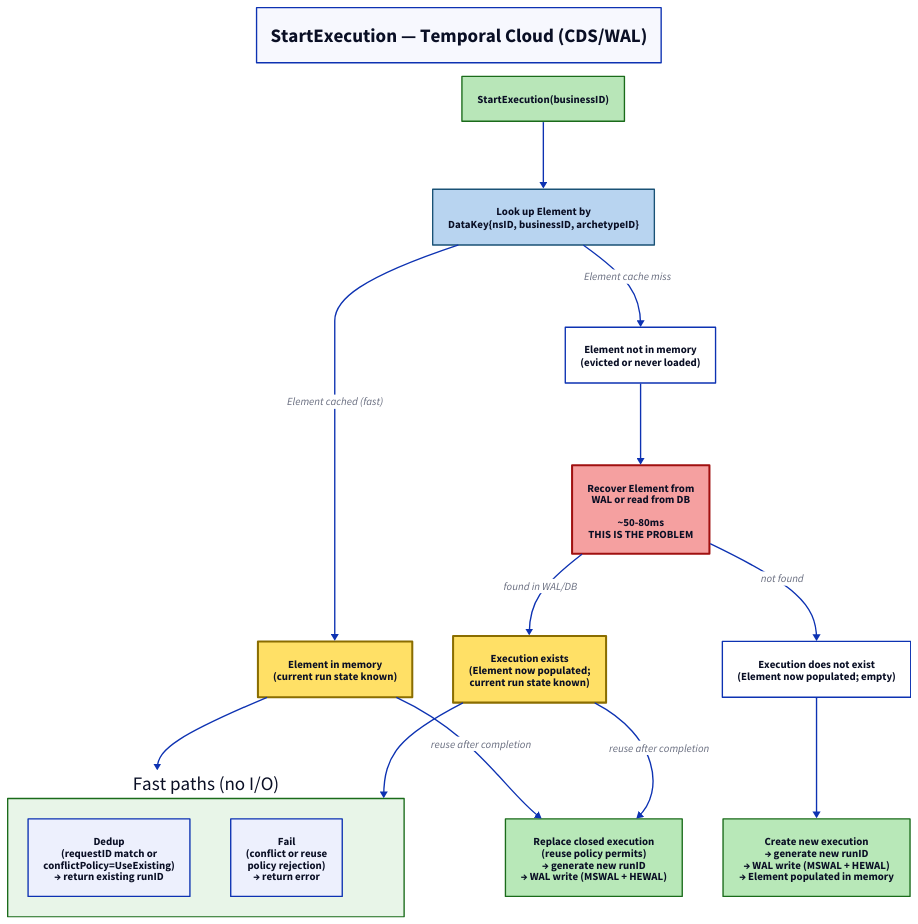
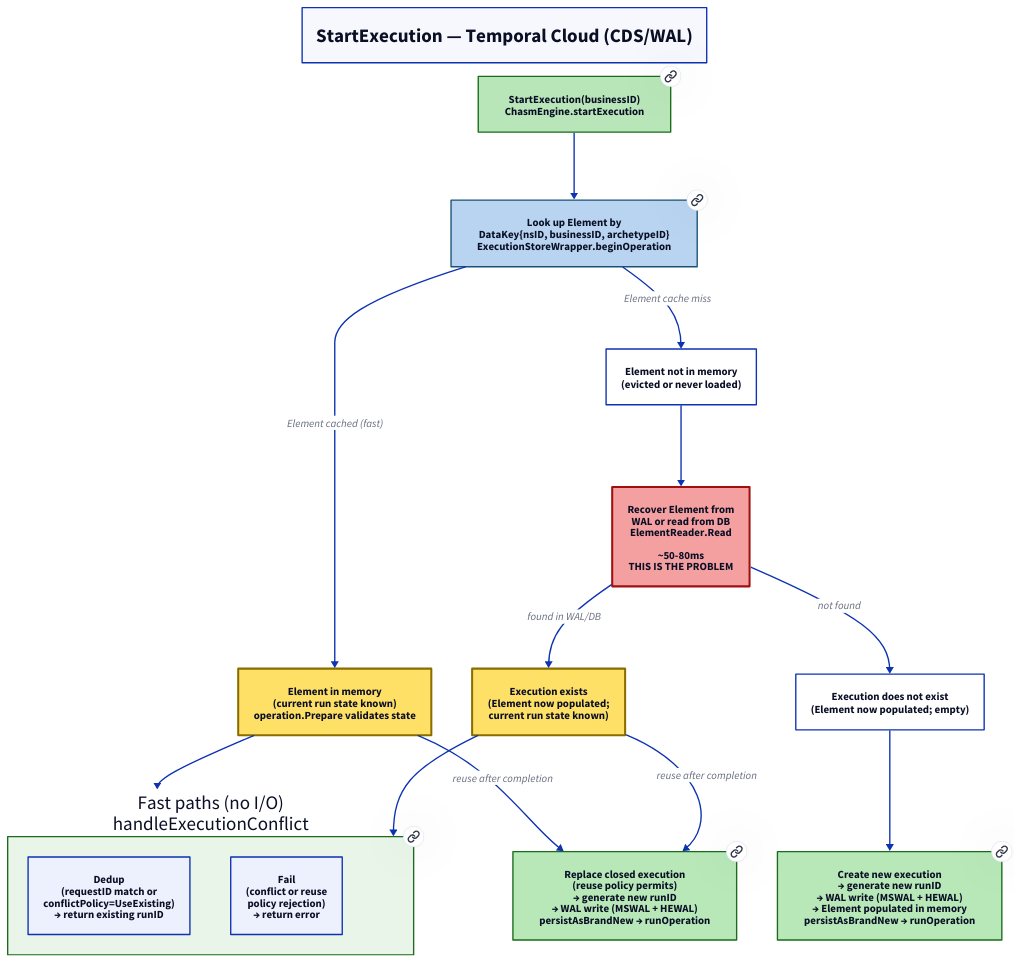
Before and after one commit to dandavison/temporalio-temporal: the diagram in .task/start-latency-cloud.d2, drawn with D2. The commit also changed 3 other files, not shown here.

Commit message:
activity diagram cloud

```diff
--- a/.task/start-latency-cloud.d2
+++ b/.task/start-latency-cloud.d2
@@ -1,86 +1,91 @@
 direction: down
 
 title: "StartExecution — Temporal Cloud (CDS/WAL)" {
   near: top-center
   style.font-size: 28
   style.bold: true
 }
 
-start: "StartExecution(businessID)" {
+start: "StartExecution(businessID)\nChasmEngine.startExecution" {
   style.fill: "#b8e6b8"
   style.stroke: "#1a6b1a"
   style.stroke-width: 2
   style.bold: true
+  link: "https://github.com/temporalio/temporal/blob/f8bbf7c78/service/history/chasm_engine.go#L111"
 }
 
-lookup: "Look up Element by\nDataKey{nsID, businessID, archetypeID}" {
+lookup: "Look up Element by\nDataKey{nsID, businessID, archetypeID}\nExecutionStoreWrapper.beginOperation" {
   style.fill: "#b8d4f0"
   style.stroke: "#1a5276"
   style.stroke-width: 2
+  link: "https://github.com/temporalio/saas-temporal/blob/main/cds/export/cds/execution_runner.go#L98"
 }
 
 start -> lookup
 
-found: "Element in memory\n(current run state known)" {
+found: "Element in memory\n(current run state known)\noperation.Prepare validates state" {
   style.fill: "#ffe066"
   style.stroke: "#8a6d00"
   style.stroke-width: 3
 }
 
 not_found: "Element not in memory\n(evicted or never loaded)" {
   style.fill: "#ffffff"
 }
 
 lookup -> found: "Element cached (fast)"
 lookup -> not_found: "Element cache miss"
 
-db_read: "Recover Element from\nWAL or read from DB\n\n~50-80ms\nTHIS IS THE PROBLEM" {
+db_read: "Recover Element from\nWAL or read from DB\nElementReader.Read\n\n~50-80ms\nTHIS IS THE PROBLEM" {
   style.fill: "#f5a0a0"
   style.stroke: "#a01010"
   style.stroke-width: 3
   style.bold: true
 }
 
 not_found -> db_read
 
 exists_in_db: "Execution exists\n(Element now populated;\ncurrent run state known)" {
   style.fill: "#ffe066"
   style.stroke: "#8a6d00"
   style.stroke-width: 3
 }
 
 not_exists_in_db: "Execution does not exist\n(Element now populated; empty)" {
   style.fill: "#ffffff"
 }
 
 db_read -> exists_in_db: "found in WAL/DB"
 db_read -> not_exists_in_db: "not found"
 
-fast_paths: "Fast paths (no I/O)" {
+fast_paths: "Fast paths (no I/O)\nhandleExecutionConflict" {
   style.fill: "#e8f5e8"
   style.stroke: "#1a6b1a"
   style.stroke-width: 2
+  link: "https://github.com/temporalio/temporal/blob/f8bbf7c78/service/history/chasm_engine.go#L902"
 
   dedup: "Dedup\n(requestID match or\nconflictPolicy=UseExisting)\n→ return existing runID"
   fail: "Fail\n(conflict or reuse\npolicy rejection)\n→ return error"
 }
 
 found -> fast_paths
 exists_in_db -> fast_paths
 
-replace: "Replace closed execution\n(reuse policy permits)\n→ generate new runID\n→ WAL write (MSWAL + HEWAL)" {
+replace: "Replace closed execution\n(reuse policy permits)\n→ generate new runID\n→ WAL write (MSWAL + HEWAL)\npersistAsBrandNew → runOperation" {
   style.fill: "#b8e8b8"
   style.stroke: "#1a6b1a"
   style.stroke-width: 2
+  link: "https://github.com/temporalio/temporal/blob/f8bbf7c78/service/history/chasm_engine.go#L851"
 }
 
 found -> replace: "reuse after completion"
 exists_in_db -> replace: "reuse after completion"
 
-create_new: "Create new execution\n→ generate new runID\n→ WAL write (MSWAL + HEWAL)\n→ Element populated in memory" {
+create_new: "Create new execution\n→ generate new runID\n→ WAL write (MSWAL + HEWAL)\n→ Element populated in memory\npersistAsBrandNew → runOperation" {
   style.fill: "#b8e8b8"
   style.stroke: "#1a6b1a"
   style.stroke-width: 2
+  link: "https://github.com/temporalio/temporal/blob/f8bbf7c78/service/history/chasm_engine.go#L851"
 }
 
 not_exists_in_db -> create_new
```
